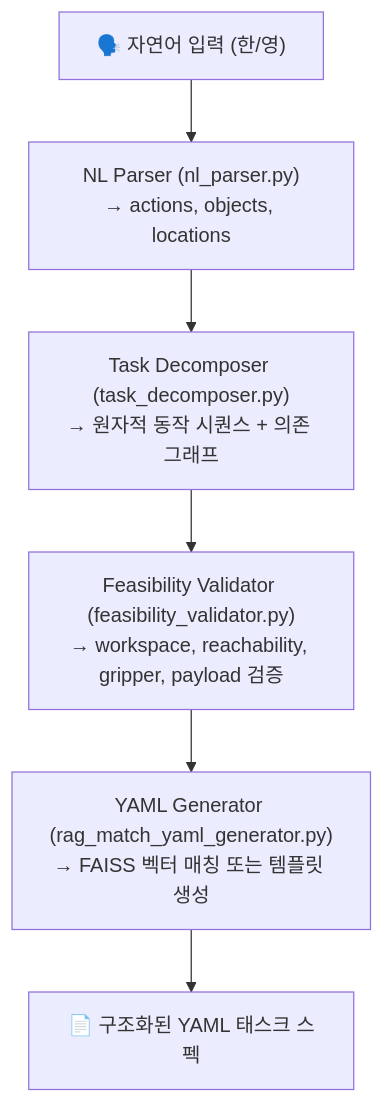
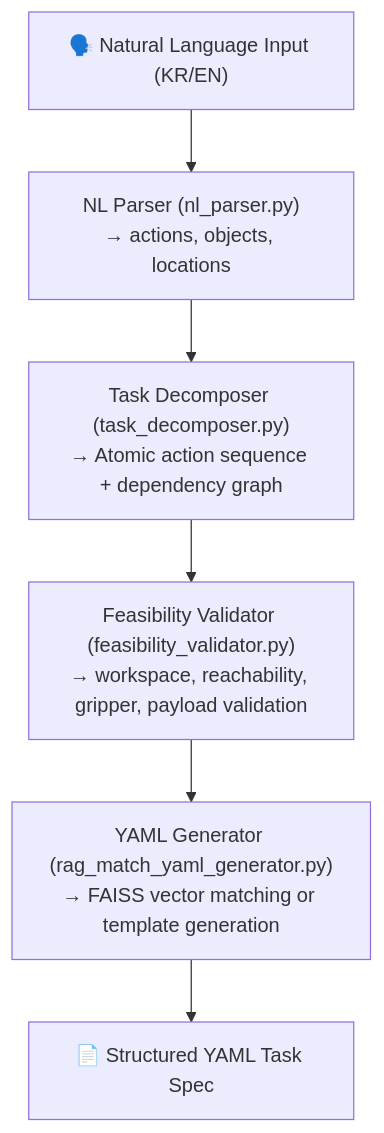
The second of 3 diagrams in docs/architecture.md (SKKU-PRISM/Simulation-Generation-Agent), drawn with Mermaid before and after one commit. The commit also changed other lines of this file and 7 other files, not shown here.

````diff
--- a/docs/architecture.md
+++ b/docs/architecture.md
@@ -41,11 +43,11 @@
 ```mermaid
 flowchart TD
-    NL["🗣️ 자연어 입력 (한/영)"]
+    NL["🗣️ Natural Language Input (KR/EN)"]
     NLP["NL Parser (nl_parser.py)\n→ actions, objects, locations"]
-    TD["Task Decomposer (task_decomposer.py)\n→ 원자적 동작 시퀀스 + 의존 그래프"]
-    FV["Feasibility Validator (feasibility_validator.py)\n→ workspace, reachability, gripper, payload 검증"]
-    RAG["YAML Generator (rag_match_yaml_generator.py)\n→ FAISS 벡터 매칭 또는 템플릿 생성"]
-    YAML["📄 구조화된 YAML 태스크 스펙"]
+    TD["Task Decomposer (task_decomposer.py)\n→ Atomic action sequence + dependency graph"]
+    FV["Feasibility Validator (feasibility_validator.py)\n→ workspace, reachability, gripper, payload validation"]
+    RAG["YAML Generator (rag_match_yaml_generator.py)\n→ FAISS vector matching or template generation"]
+    YAML["📄 Structured YAML Task Spec"]
 
     NL --> NLP --> TD --> FV --> RAG --> YAML
 ```
````
